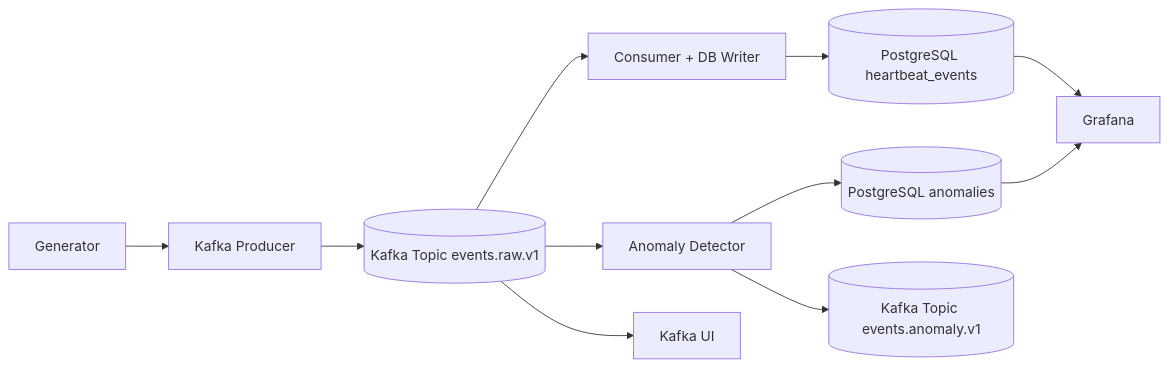
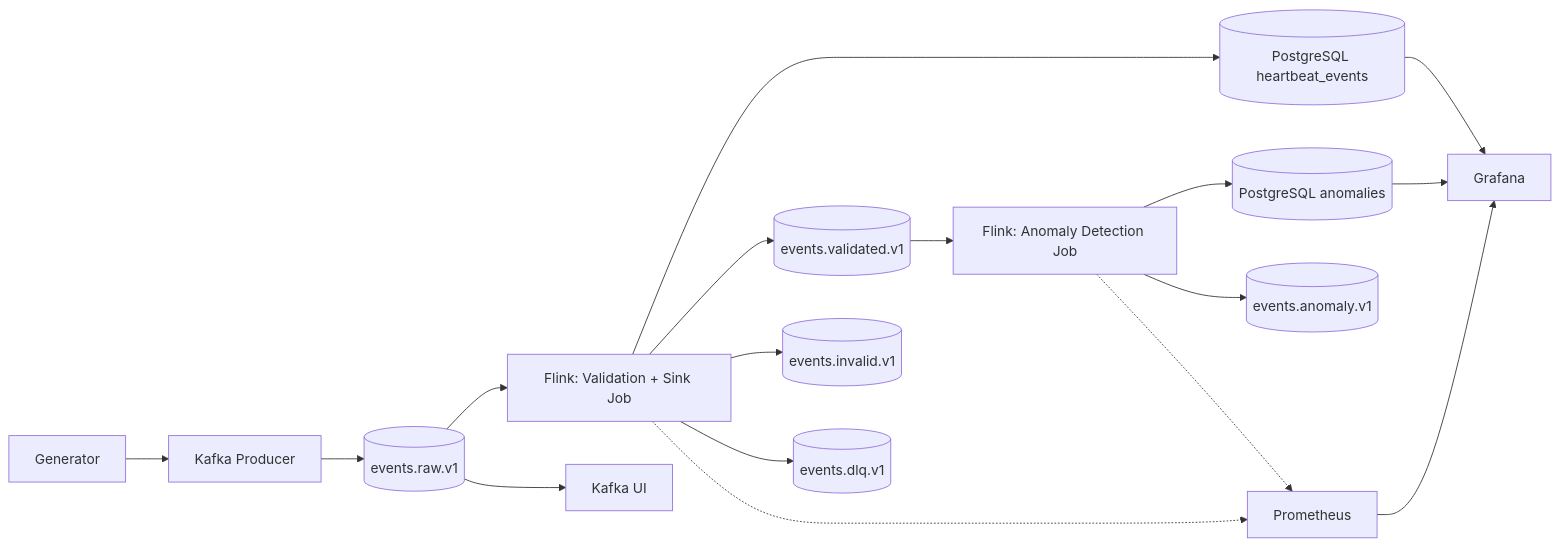
The diagram in docs/architecture/topology.md (DE-E-K/DEM10), drawn with Mermaid before and after one commit. The commit also changed 6 other files, not shown here.

First line of the commit message:
docs+monitoring: update architecture, dashboard, and README for Flink

````diff
--- a/docs/architecture/topology.md
+++ b/docs/architecture/topology.md
@@ -3,13 +3,19 @@
 ```mermaid
 flowchart LR
   G[Generator] --> P[Kafka Producer]
-  P --> K[(Kafka Topic events.raw.v1)]
-  K --> C[Consumer + DB Writer]
-  K --> A[Anomaly Detector]
-  C --> D[(PostgreSQL heartbeat_events)]
-  A --> AD[(PostgreSQL anomalies)]
-  A --> KA[(Kafka Topic events.anomaly.v1)]
-  D --> GR[Grafana]
-  AD --> GR
-  K --> UI[Kafka UI]
+  P --> RAW[(events.raw.v1)]
+  RAW --> FV[Flink: Validation + Sink Job]
+  FV --> DB_HB[(PostgreSQL heartbeat_events)]
+  FV --> VAL[(events.validated.v1)]
+  FV --> INV[(events.invalid.v1)]
+  FV --> DLQ[(events.dlq.v1)]
+  VAL --> FA[Flink: Anomaly Detection Job]
+  FA --> DB_AN[(PostgreSQL anomalies)]
+  FA --> ANOM[(events.anomaly.v1)]
+  DB_HB --> GR[Grafana]
+  DB_AN --> GR
+  FV -.-> PROM[Prometheus]
+  FA -.-> PROM
+  PROM --> GR
+  RAW --> UI[Kafka UI]
 ```
````
